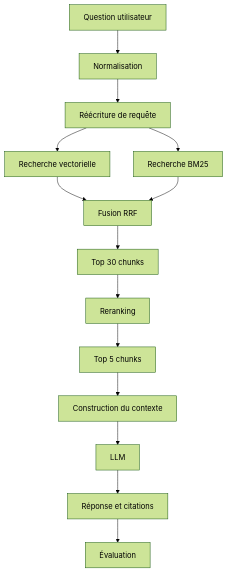
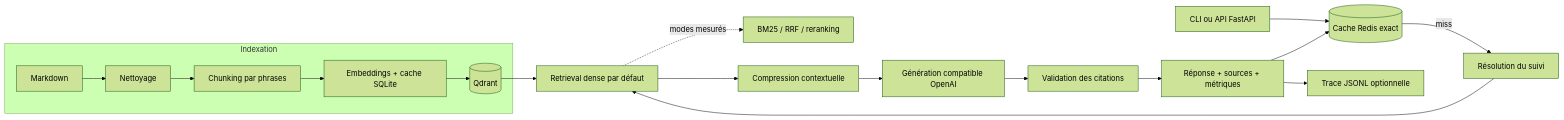
The diagram in README.md (Slqzeer/Advanced-RAG-Knowledge-Assistant), drawn with Mermaid (forest theme) before and after one commit. The commit also changed other lines of this file and 2 other files, not shown here.

````diff
--- a/README.md
+++ b/README.md
@@ -2079,16 +37,21 @@
 ```mermaid
-flowchart TD
-    A[Question utilisateur] --> B[Normalisation]
-    B --> C[Réécriture de requête]
-    C --> D[Recherche vectorielle]
-    C --> E[Recherche BM25]
-    D --> F[Fusion RRF]
-    E --> F
-    F --> G[Top 30 chunks]
-    G --> H[Reranking]
-    H --> I[Top 5 chunks]
-    I --> J[Construction du contexte]
-    J --> K[LLM]
-    K --> L[Réponse et citations]
-    L --> M[Évaluation]
+flowchart LR
+    subgraph Indexation
+        A[Markdown] --> B[Nettoyage]
+        B --> C[Chunking par phrases]
+        C --> D[Embeddings + cache SQLite]
+        D --> E[(Qdrant)]
+    end
+
+    U[CLI ou API FastAPI] --> R[(Cache Redis exact)]
+    R -->|miss| Q[Résolution du suivi]
+    Q --> S[Retrieval dense par défaut]
+    E --> S
+    S -. modes mesurés .-> H[BM25 / RRF / reranking]
+    S --> K[Compression contextuelle]
+    K --> G[Génération compatible OpenAI]
+    G --> V[Validation des citations]
+    V --> O[Réponse + sources + métriques]
+    O --> R
+    O --> T[Trace JSONL optionnelle]
 ```
````
